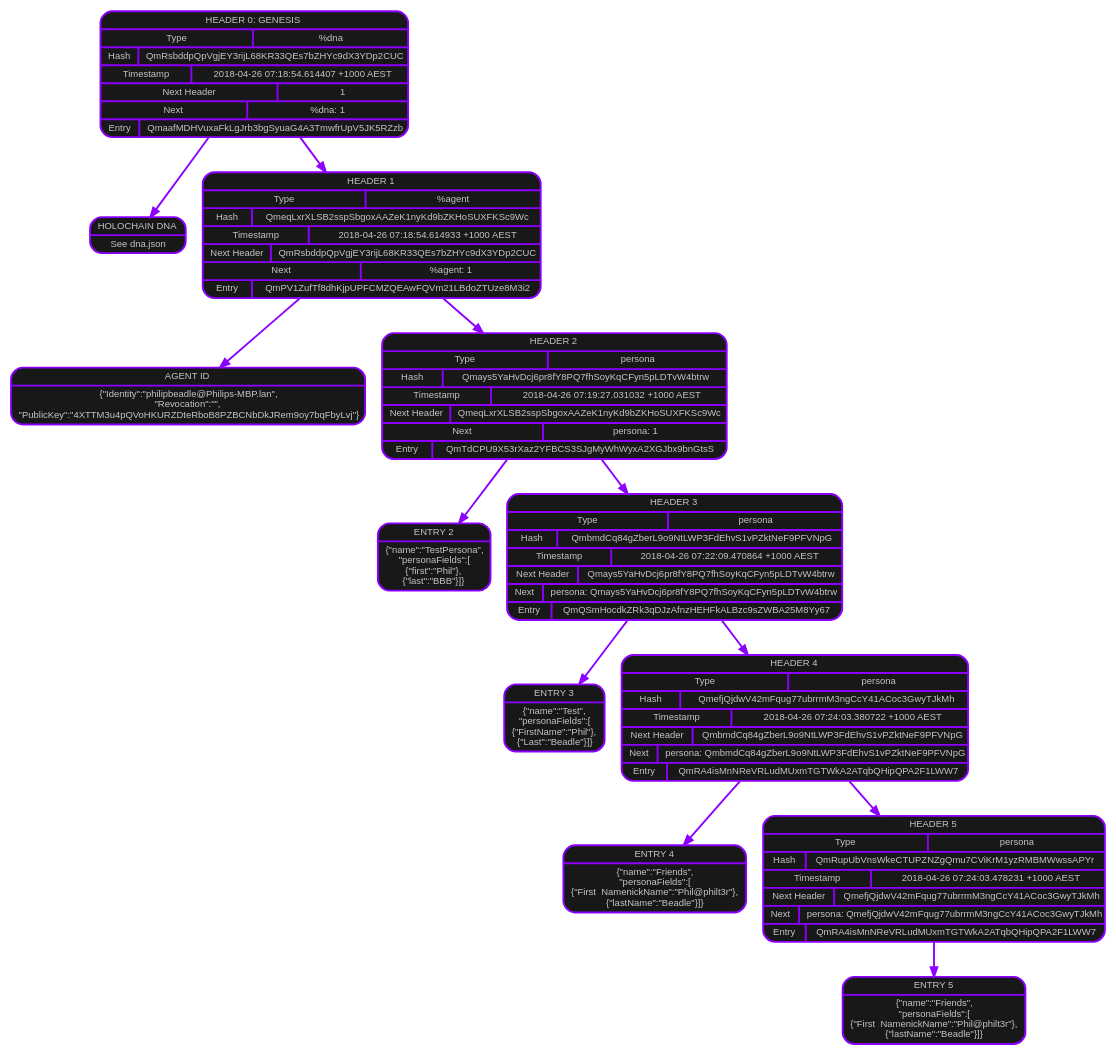
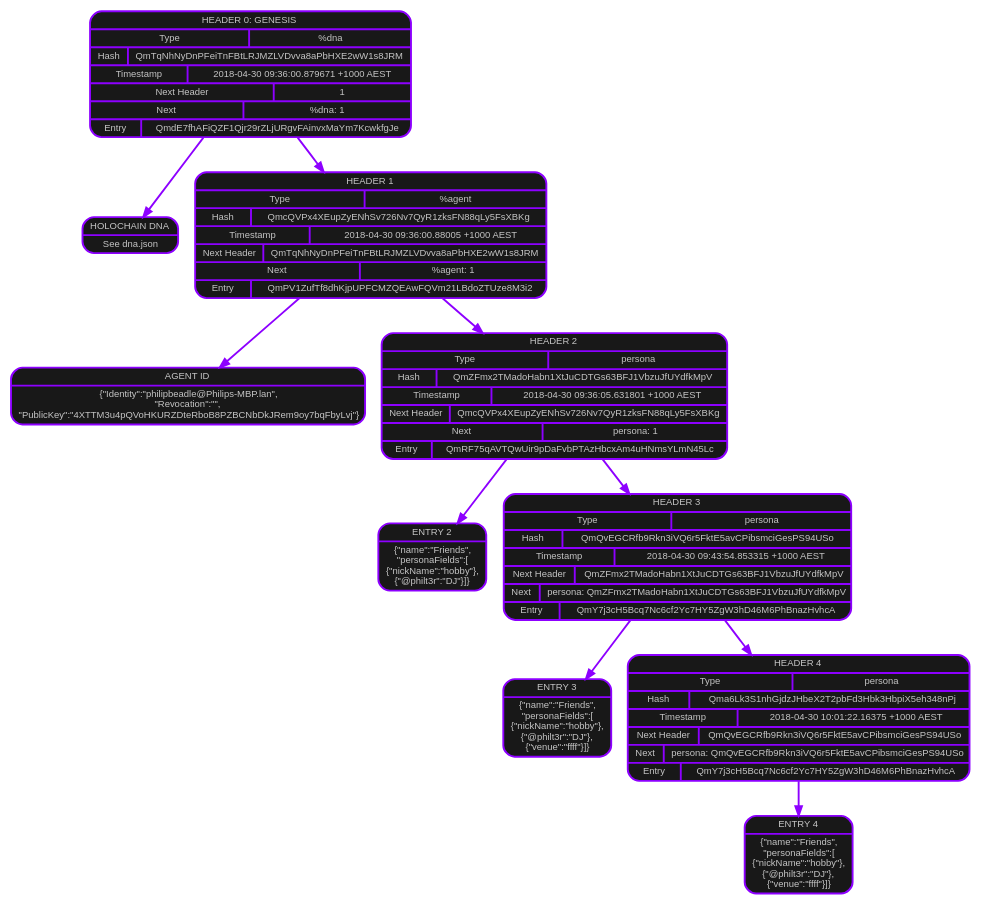
The diagram in vault.dot (holochain/personas-profiles-redux), drawn with Graphviz before and after one commit. The commit also changed 6 other files, not shown here.

Commit message:
Added hash as a property to persona for listing

```diff
--- a/vault.dot
+++ b/vault.dot
@@ -1,70 +1,59 @@
 digraph chain {
 graph [splines=line];
 node [shape=record fontname="Arial",fontsize="10",style="rounded, filled",penwidth=2,fontcolor="#c5c5c5",color="#8d00ff",fillcolor="#181818"];
 edge [penwidth=2, color="#8d00ff"];
 header0 [label=<{HEADER 0: GENESIS|
 {Type|%dna}|
-{Hash|QmRsbddpQpVgjEY3rijL68KR33QEs7bZHYc9dX3YDp2CUC}|
-{Timestamp|2018-04-26 07:18:54.614407 +1000 AEST}|
+{Hash|QmTqNhNyDnPFeiTnFBtLRJMZLVDvva8aPbHXE2wW1s8JRM}|
+{Timestamp|2018-04-30 09:36:00.879671 +1000 AEST}|
 {Next Header|1}|
 {Next|%dna: 1}|
-{Entry|QmaafMDHVuxaFkLgJrb3bgSyuaG4A3TmwfrUpV5JK5RZzb}
+{Entry|QmdE7fhAFiQZF1Qjr29rZLjURgvFAinvxMaYm7KcwkfgJe}
 }>];
 content0 [label=<{HOLOCHAIN DNA|See dna.json}>];
 header0->content0;
 header0->header1;
 header1 [label=<{HEADER 1|
 {Type|%agent}|
-{Hash|QmeqLxrXLSB2sspSbgoxAAZeK1nyKd9bZKHoSUXFKSc9Wc}|
-{Timestamp|2018-04-26 07:18:54.614933 +1000 AEST}|
-{Next Header|QmRsbddpQpVgjEY3rijL68KR33QEs7bZHYc9dX3YDp2CUC}|
+{Hash|QmcQVPx4XEupZyENhSv726Nv7QyR1zksFN88qLy5FsXBKg}|
+{Timestamp|2018-04-30 09:36:00.88005 +1000 AEST}|
+{Next Header|QmTqNhNyDnPFeiTnFBtLRJMZLVDvva8aPbHXE2wW1s8JRM}|
 {Next|%agent: 1}|
 {Entry|QmPV1ZufTf8dhKjpUPFCMZQEAwFQVm21LBdoZTUze8M3i2}
 }>];
 content1 [label=<{AGENT ID|\{"Identity":"philipbeadle@Philips-MBP.lan",<br/>"Revocation":"",<br/>"PublicKey":"4XTTM3u4pQVoHKURZDteRboB8PZBCNbDkJRem9oy7bqFbyLvj"\}}>];
 header1->content1;
 header1->header2;
 header2 [label=<{HEADER 2|
 {Type|persona}|
-{Hash|Qmays5YaHvDcj6pr8fY8PQ7fhSoyKqCFyn5pLDTvW4btrw}|
-{Timestamp|2018-04-26 07:19:27.031032 +1000 AEST}|
-{Next Header|QmeqLxrXLSB2sspSbgoxAAZeK1nyKd9bZKHoSUXFKSc9Wc}|
+{Hash|QmZFmx2TMadoHabn1XtJuCDTGs63BFJ1VbzuJfUYdfkMpV}|
+{Timestamp|2018-04-30 09:36:05.631801 +1000 AEST}|
+{Next Header|QmcQVPx4XEupZyENhSv726Nv7QyR1zksFN88qLy5FsXBKg}|
 {Next|persona: 1}|
-{Entry|QmTdCPU9X53rXaz2YFBCS3SJgMyWhWyxA2XGJbx9bnGtsS}
+{Entry|QmRF75qAVTQwUir9pDaFvbPTAzHbcxAm4uHNmsYLmN45Lc}
 }>];
-content2 [label=<{ENTRY 2|\{"name":"TestPersona",<br/>"personaFields":[<br/>\{"first":"Phil"\},<br/>\{"last":"BBB"\}]\}}>];
+content2 [label=<{ENTRY 2|\{"name":"Friends",<br/>"personaFields":[<br/>\{"nickName":"hobby"\},<br/>\{"@philt3r":"DJ"\}]\}}>];
 header2->content2;
 header2->header3;
 header3 [label=<{HEADER 3|
 {Type|persona}|
-{Hash|QmbmdCq84gZberL9o9NtLWP3FdEhvS1vPZktNeF9PFVNpG}|
-{Timestamp|2018-04-26 07:22:09.470864 +1000 AEST}|
-{Next Header|Qmays5YaHvDcj6pr8fY8PQ7fhSoyKqCFyn5pLDTvW4btrw}|
-{Next|persona: Qmays5YaHvDcj6pr8fY8PQ7fhSoyKqCFyn5pLDTvW4btrw}|
-{Entry|QmQSmHocdkZRk3qDJzAfnzHEHFkALBzc9sZWBA25M8Yy67}
+{Hash|QmQvEGCRfb9Rkn3iVQ6r5FktE5avCPibsmciGesPS94USo}|
+{Timestamp|2018-04-30 09:43:54.853315 +1000 AEST}|
+{Next Header|QmZFmx2TMadoHabn1XtJuCDTGs63BFJ1VbzuJfUYdfkMpV}|
+{Next|persona: QmZFmx2TMadoHabn1XtJuCDTGs63BFJ1VbzuJfUYdfkMpV}|
+{Entry|QmY7j3cH5Bcq7Nc6cf2Yc7HY5ZgW3hD46M6PhBnazHvhcA}
 }>];
-content3 [label=<{ENTRY 3|\{"name":"Test",<br/>"personaFields":[<br/>\{"FirstName":"Phil"\},<br/>\{"Last":"Beadle"\}]\}}>];
+content3 [label=<{ENTRY 3|\{"name":"Friends",<br/>"personaFields":[<br/>\{"nickName":"hobby"\},<br/>\{"@philt3r":"DJ"\},<br/>\{"venue":"ffff"\}]\}}>];
 header3->content3;
 header3->header4;
 header4 [label=<{HEADER 4|
 {Type|persona}|
-{Hash|QmefjQjdwV42mFqug77ubrrmM3ngCcY41ACoc3GwyTJkMh}|
-{Timestamp|2018-04-26 07:24:03.380722 +1000 AEST}|
-{Next Header|QmbmdCq84gZberL9o9NtLWP3FdEhvS1vPZktNeF9PFVNpG}|
-{Next|persona: QmbmdCq84gZberL9o9NtLWP3FdEhvS1vPZktNeF9PFVNpG}|
-{Entry|QmRA4isMnNReVRLudMUxmTGTWkA2ATqbQHipQPA2F1LWW7}
+{Hash|Qma6Lk3S1nhGjdzJHbeX2T2pbFd3Hbk3HbpiX5eh348nPj}|
+{Timestamp|2018-04-30 10:01:22.16375 +1000 AEST}|
+{Next Header|QmQvEGCRfb9Rkn3iVQ6r5FktE5avCPibsmciGesPS94USo}|
+{Next|persona: QmQvEGCRfb9Rkn3iVQ6r5FktE5avCPibsmciGesPS94USo}|
+{Entry|QmY7j3cH5Bcq7Nc6cf2Yc7HY5ZgW3hD46M6PhBnazHvhcA}
 }>];
-content4 [label=<{ENTRY 4|\{"name":"Friends",<br/>"personaFields":[<br/>\{"First  NamenickName":"Phil@philt3r"\},<br/>\{"lastName":"Beadle"\}]\}}>];
+content4 [label=<{ENTRY 4|\{"name":"Friends",<br/>"personaFields":[<br/>\{"nickName":"hobby"\},<br/>\{"@philt3r":"DJ"\},<br/>\{"venue":"ffff"\}]\}}>];
 header4->content4;
-header4->header5;
-header5 [label=<{HEADER 5|
-{Type|persona}|
-{Hash|QmRupUbVnsWkeCTUPZNZgQmu7CViKrM1yzRMBMWwssAPYr}|
-{Timestamp|2018-04-26 07:24:03.478231 +1000 AEST}|
-{Next Header|QmefjQjdwV42mFqug77ubrrmM3ngCcY41ACoc3GwyTJkMh}|
-{Next|persona: QmefjQjdwV42mFqug77ubrrmM3ngCcY41ACoc3GwyTJkMh}|
-{Entry|QmRA4isMnNReVRLudMUxmTGTWkA2ATqbQHipQPA2F1LWW7}
-}>];
-content5 [label=<{ENTRY 5|\{"name":"Friends",<br/>"personaFields":[<br/>\{"First  NamenickName":"Phil@philt3r"\},<br/>\{"lastName":"Beadle"\}]\}}>];
-header5->content5;
 }
```
